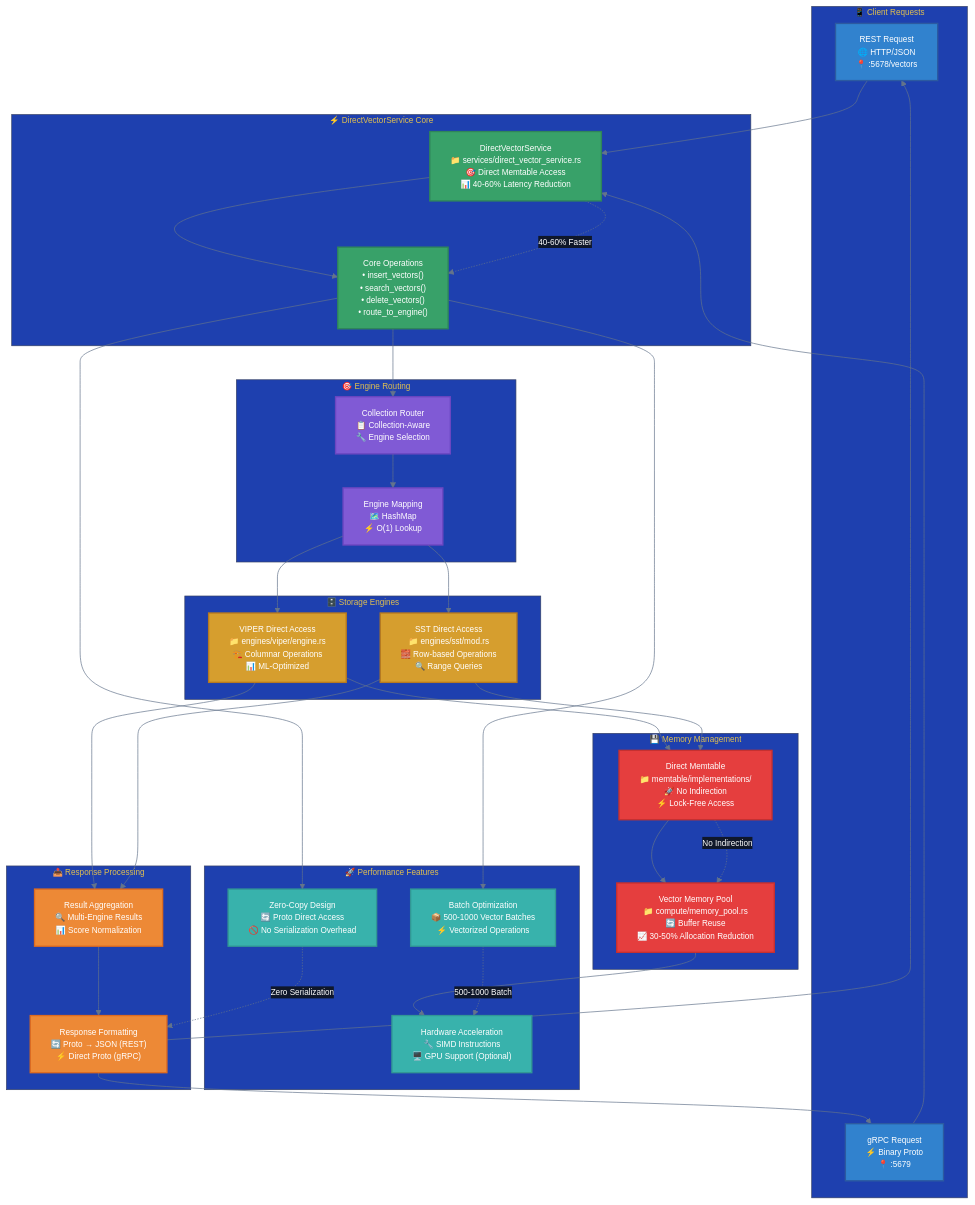
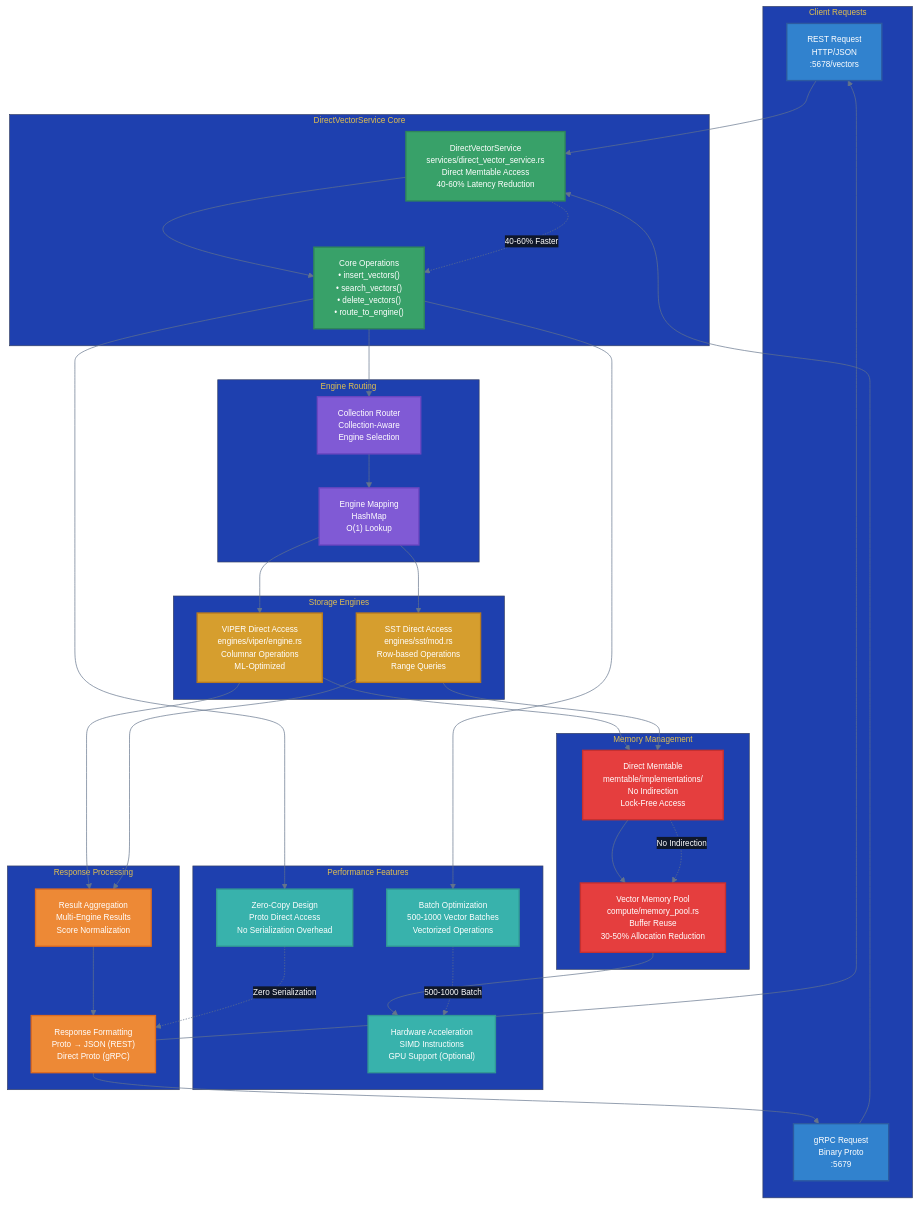
The diagram in docs/diagrams/direct-vector-service.mmd (vjsingh1984/proximaDB), drawn with Mermaid before and after one commit. The commit also changed 120 other files, not shown here.

```diff
--- a/docs/diagrams/direct-vector-service.mmd
+++ b/docs/diagrams/direct-vector-service.mmd
@@ -1,101 +1,101 @@
 %%{init: {'theme':'base', 'themeVariables': { 'primaryColor':'#1e293b', 'primaryTextColor':'#ffffff', 'primaryBorderColor':'#334155', 'lineColor':'#64748b', 'fontSize':'12px', 'fontFamily':'Inter, -apple-system, sans-serif', 'secondaryColor':'#0f172a', 'tertiaryColor':'#1e40af', 'background':'#ffffff', 'mainBkg':'#f8fafc', 'secondBkg':'#e2e8f0' }}}%%
 graph TB
     %% Client Request Layer
-    subgraph ClientLayer["📱 Client Requests"]
-        RestReq["REST Request<br/>🌐 HTTP/JSON<br/>📍 :5678/vectors"]
-        GrpcReq["gRPC Request<br/>⚡ Binary Proto<br/>📍 :5679"]
+    subgraph ClientLayer["Client Requests"]
+        RestReq["REST Request<br/>HTTP/JSON<br/>:5678/vectors"]
+        GrpcReq["gRPC Request<br/>Binary Proto<br/>:5679"]
     end
     
     %% Direct Vector Service Core
-    subgraph ServiceCore["⚡ DirectVectorService Core"]
-        ServiceMain["DirectVectorService<br/>📁 services/direct_vector_service.rs<br/>🎯 Direct Memtable Access<br/>📊 40-60% Latency Reduction"]
+    subgraph ServiceCore["DirectVectorService Core"]
+        ServiceMain["DirectVectorService<br/>services/direct_vector_service.rs<br/>Direct Memtable Access<br/>40-60% Latency Reduction"]
         
         Operations["Core Operations<br/>• insert_vectors()<br/>• search_vectors()<br/>• delete_vectors()<br/>• route_to_engine()"]
     end
     
     %% Engine Routing Logic
-    subgraph RoutingLogic["🎯 Engine Routing"]
-        CollectionRouter["Collection Router<br/>📋 Collection-Aware<br/>🔧 Engine Selection"]
+    subgraph RoutingLogic["Engine Routing"]
+        CollectionRouter["Collection Router<br/>Collection-Aware<br/>Engine Selection"]
         
-        EngineMap["Engine Mapping<br/>🗺️ HashMap<String, Engine><br/>⚡ O(1) Lookup"]
+        EngineMap["Engine Mapping<br/>HashMap<String, Engine><br/>O(1) Lookup"]
     end
     
     %% Storage Engine Integration
-    subgraph StorageEngines["🗄️ Storage Engines"]
-        ViperDirect["VIPER Direct Access<br/>📁 engines/viper/engine.rs<br/>🏗️ Columnar Operations<br/>📊 ML-Optimized"]
+    subgraph StorageEngines["Storage Engines"]
+        ViperDirect["VIPER Direct Access<br/>engines/viper/engine.rs<br/>Columnar Operations<br/>ML-Optimized"]
         
-        SstDirect["SST Direct Access<br/>📁 engines/sst/mod.rs<br/>🧱 Row-based Operations<br/>🔍 Range Queries"]
+        SstDirect["SST Direct Access<br/>engines/sst/mod.rs<br/>Row-based Operations<br/>Range Queries"]
     end
     
     %% Memory Management
-    subgraph MemoryMgmt["💾 Memory Management"]
-        DirectMemtable["Direct Memtable<br/>📁 memtable/implementations/<br/>🚀 No Indirection<br/>⚡ Lock-Free Access"]
+    subgraph MemoryMgmt["Memory Management"]
+        DirectMemtable["Direct Memtable<br/>memtable/implementations/<br/>No Indirection<br/>Lock-Free Access"]
         
-        VectorPool["Vector Memory Pool<br/>📁 compute/memory_pool.rs<br/>🔄 Buffer Reuse<br/>📈 30-50% Allocation Reduction"]
+        VectorPool["Vector Memory Pool<br/>compute/memory_pool.rs<br/>Buffer Reuse<br/>30-50% Allocation Reduction"]
     end
     
     %% Performance Features
-    subgraph PerfFeatures["🚀 Performance Features"]
-        BatchOpt["Batch Optimization<br/>📦 500-1000 Vector Batches<br/>⚡ Vectorized Operations"]
+    subgraph PerfFeatures["Performance Features"]
+        BatchOpt["Batch Optimization<br/>500-1000 Vector Batches<br/>Vectorized Operations"]
         
-        ZeroCopy["Zero-Copy Design<br/>🔄 Proto Direct Access<br/>🚫 No Serialization Overhead"]
+        ZeroCopy["Zero-Copy Design<br/>Proto Direct Access<br/>No Serialization Overhead"]
         
-        HardwareAccel["Hardware Acceleration<br/>🔧 SIMD Instructions<br/>🖥️ GPU Support (Optional)"]
+        HardwareAccel["Hardware Acceleration<br/>SIMD Instructions<br/>GPU Support (Optional)"]
     end
     
     %% Response Path
-    subgraph ResponsePath["📤 Response Processing"]
-        ResultAgg["Result Aggregation<br/>🔍 Multi-Engine Results<br/>📊 Score Normalization"]
+    subgraph ResponsePath["Response Processing"]
+        ResultAgg["Result Aggregation<br/>Multi-Engine Results<br/>Score Normalization"]
         
-        ResponseFormat["Response Formatting<br/>🔄 Proto → JSON (REST)<br/>⚡ Direct Proto (gRPC)"]
+        ResponseFormat["Response Formatting<br/>Proto → JSON (REST)<br/>Direct Proto (gRPC)"]
     end
     
     %% Request Flow
     RestReq --> ServiceMain
     GrpcReq --> ServiceMain
     
     ServiceMain --> Operations
     Operations --> CollectionRouter
     CollectionRouter --> EngineMap
     
     EngineMap --> ViperDirect
     EngineMap --> SstDirect
     
     ViperDirect --> DirectMemtable
     SstDirect --> DirectMemtable
     DirectMemtable --> VectorPool
     
     %% Performance Integration
     Operations --> BatchOpt
     Operations --> ZeroCopy
     VectorPool --> HardwareAccel
     
     %% Response Flow
     ViperDirect --> ResultAgg
     SstDirect --> ResultAgg
     ResultAgg --> ResponseFormat
     ResponseFormat --> RestReq
     ResponseFormat --> GrpcReq
     
     %% Performance Metrics Annotations
     ServiceMain -.->|"40-60% Faster"| Operations
     DirectMemtable -.->|"No Indirection"| VectorPool
     BatchOpt -.->|"500-1000 Batch"| HardwareAccel
     ZeroCopy -.->|"Zero Serialization"| ResponseFormat
     
     %% Styling
     classDef clientStyle fill:#3182ce,stroke:#2c5aa0,stroke-width:2px,color:#ffffff
     classDef serviceStyle fill:#38a169,stroke:#2f855a,stroke-width:2px,color:#ffffff
     classDef routingStyle fill:#805ad5,stroke:#6b46c1,stroke-width:2px,color:#ffffff
     classDef storageStyle fill:#d69e2e,stroke:#b7791f,stroke-width:2px,color:#ffffff
     classDef memoryStyle fill:#e53e3e,stroke:#c53030,stroke-width:2px,color:#ffffff
     classDef perfStyle fill:#38b2ac,stroke:#319795,stroke-width:2px,color:#ffffff
     classDef responseStyle fill:#ed8936,stroke:#dd6b20,stroke-width:2px,color:#ffffff
     
     class RestReq,GrpcReq clientStyle
     class ServiceMain,Operations serviceStyle
     class CollectionRouter,EngineMap routingStyle
     class ViperDirect,SstDirect storageStyle
     class DirectMemtable,VectorPool memoryStyle
     class BatchOpt,ZeroCopy,HardwareAccel perfStyle
     class ResultAgg,ResponseFormat responseStyle
```
